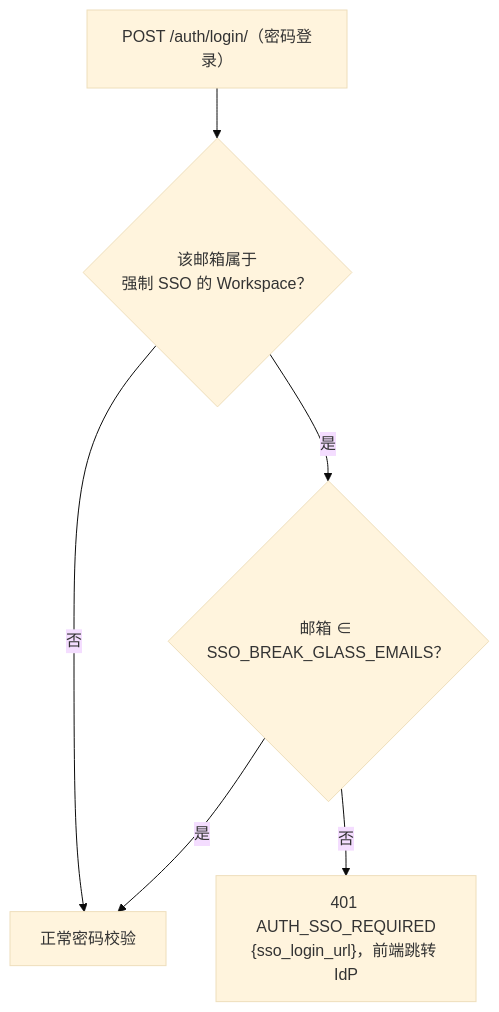
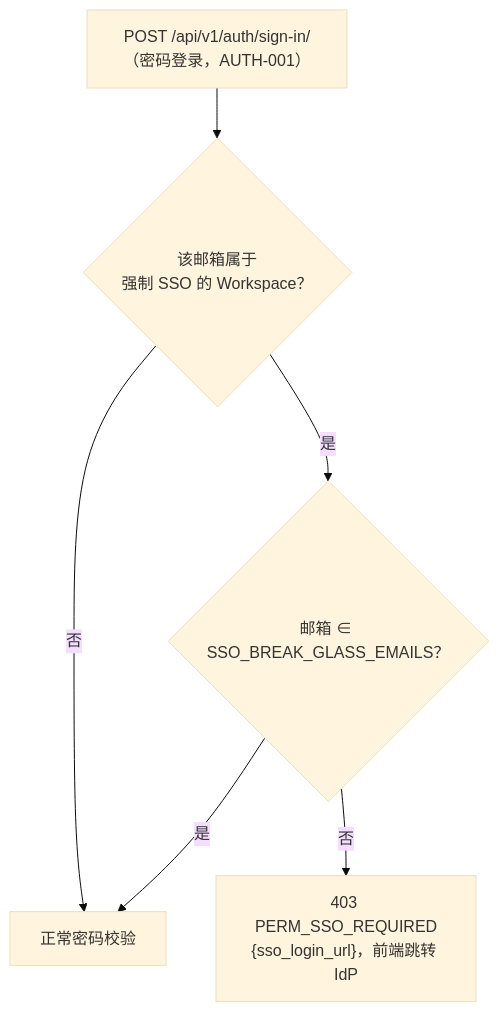
The third of 3 diagrams in docs/sprint-8-enterprise-org/AUTH-009-sso.md (RabbitAI-Lab/RabbitProjects), drawn with Mermaid (base theme) before and after one commit. The commit also changed other lines of this file and 13 other files, not shown here.

````diff
--- a/docs/sprint-8-enterprise-org/AUTH-009-sso.md
+++ b/docs/sprint-8-enterprise-org/AUTH-009-sso.md
@@ -134,8 +145,8 @@
 ```mermaid
 flowchart TB
-    L["POST /auth/login/（密码登录）"] --> Q1{"该邮箱属于<br/>强制 SSO 的 Workspace？"}
+    L["POST /api/v1/auth/sign-in/（密码登录，AUTH-001）"] --> Q1{"该邮箱属于<br/>强制 SSO 的 Workspace？"}
     Q1 -- 否 --> P["正常密码校验"]
     Q1 -- 是 --> Q2{"邮箱 ∈ SSO_BREAK_GLASS_EMAILS？"}
     Q2 -- 是 --> P
-    Q2 -- 否 --> R["401 AUTH_SSO_REQUIRED<br/>{sso_login_url}，前端跳转 IdP"]
+    Q2 -- 否 --> R["403 PERM_SSO_REQUIRED<br/>{sso_login_url}，前端跳转 IdP"]
 ```
````
